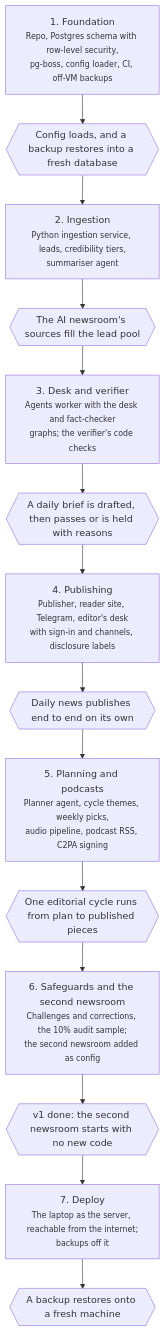
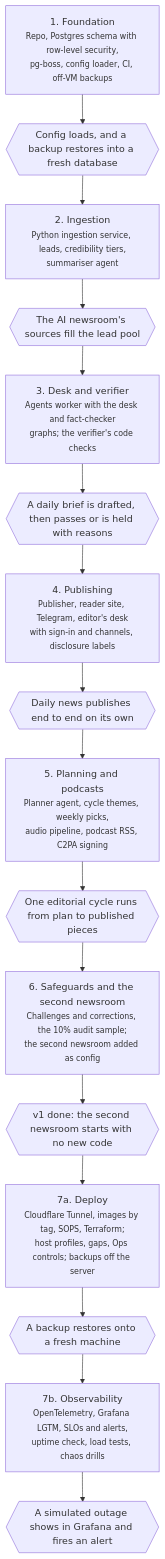
Before and after one commit to mehrad77/AgenticNewsRoom: the fifth of 5 diagrams in docs/technical-design.md, drawn with Mermaid. The commit also changed other lines of this file and 7 other files, not shown here.

First line of the commit message:
docs: plan milestone 7 as 7a deploy and 7b observability

````diff
--- a/docs/technical-design.md
+++ b/docs/technical-design.md
@@ -301,18 +415,20 @@
 ```mermaid
 flowchart TB
   M1["1. Foundation<br/><small>Repo, Postgres schema with row-level security,<br/>pg-boss, config loader, CI, off-VM backups</small>"]
   M2["2. Ingestion<br/><small>Python ingestion service, leads, credibility tiers,<br/>summariser agent</small>"]
   M3["3. Desk and verifier<br/><small>Agents worker with the desk and fact-checker<br/>graphs; the verifier's code checks</small>"]
   M4["4. Publishing<br/><small>Publisher, reader site, Telegram, editor's desk<br/>with sign-in and channels, disclosure labels</small>"]
   M5["5. Planning and podcasts<br/><small>Planner agent, cycle themes, weekly picks,<br/>audio pipeline, podcast RSS, C2PA signing</small>"]
   M6["6. Safeguards and the second newsroom<br/><small>Challenges and corrections, the 10% audit sample;<br/>the second newsroom added as config</small>"]
   G1{{"Config loads, and a backup restores into a fresh database"}}
   G2{{"The AI newsroom's sources fill the lead pool"}}
   G3{{"A daily brief is drafted, then passes or is held with reasons"}}
   G4{{"Daily news publishes end to end on its own"}}
   G5{{"One editorial cycle runs from plan to published pieces"}}
-  M7["7. Deploy<br/><small>The laptop as the server, reachable from the internet;<br/>backups off it</small>"]
+  M7A["7a. Deploy<br/><small>Cloudflare Tunnel, images by tag, SOPS, Terraform;<br/>host profiles, gaps, Ops controls; backups off the server</small>"]
+  M7B["7b. Observability<br/><small>OpenTelemetry, Grafana LGTM, SLOs and alerts,<br/>uptime check, load tests, chaos drills</small>"]
   G6{{"v1 done: the second newsroom starts with no new code"}}
-  G7{{"A backup restores onto a fresh machine"}}
-  M1 --> G1 --> M2 --> G2 --> M3 --> G3 --> M4 --> G4 --> M5 --> G5 --> M6 --> G6 --> M7 --> G7
+  G7A{{"A backup restores onto a fresh machine"}}
+  G7B{{"A simulated outage shows in Grafana and fires an alert"}}
+  M1 --> G1 --> M2 --> G2 --> M3 --> G3 --> M4 --> G4 --> M5 --> G5 --> M6 --> G6 --> M7A --> G7A --> M7B --> G7B
 ```
````
